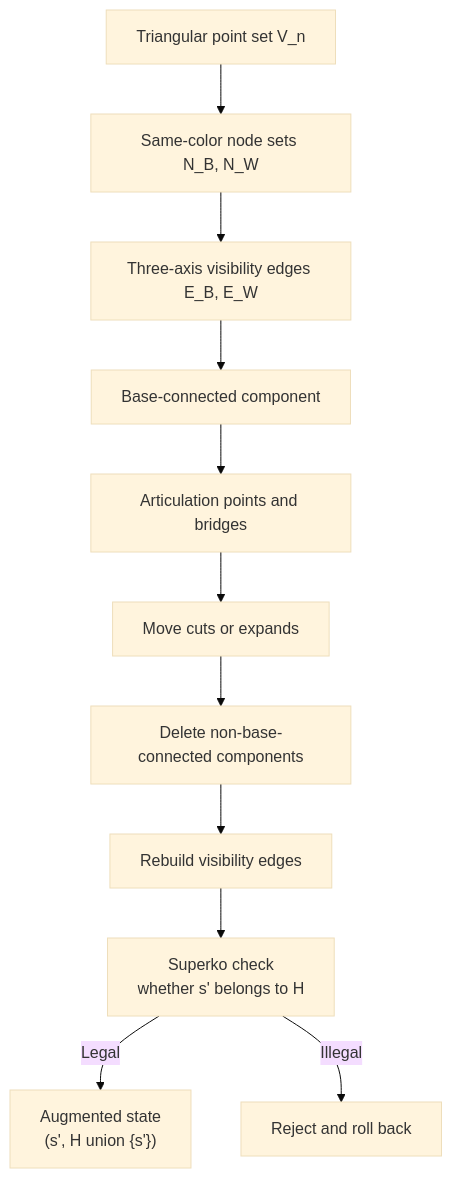
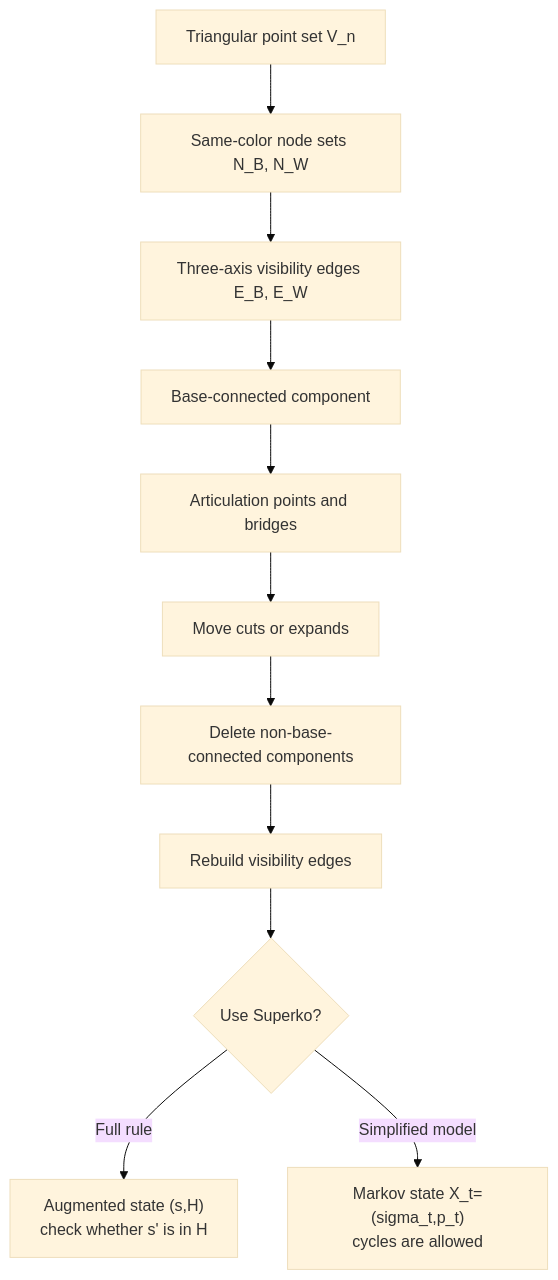
Before and after one commit to Chengzong-Zhang/Line-Game: the diagram in web/web前端/guide/interesting/why-theory.en.md, drawn with Mermaid (base theme). The commit also changed other lines of this file and 10 other files, not shown here.

````diff
--- a/web/web前端/guide/interesting/why-theory.en.md
+++ b/web/web前端/guide/interesting/why-theory.en.md
@@ -41,13 +45,13 @@
 ```mermaid
 flowchart TD
     A[Triangular point set V_n] --> B[Same-color node sets N_B, N_W]
     B --> C[Three-axis visibility edges E_B, E_W]
     C --> D[Base-connected component]
     D --> E[Articulation points and bridges]
     E --> F[Move cuts or expands]
     F --> G[Delete non-base-connected components]
     G --> H[Rebuild visibility edges]
-    H --> I["Superko check<br/>whether s' belongs to H"]
-    I -->|Legal| J["Augmented state<br/>(s', H union {s'})"]
-    I -->|Illegal| K[Reject and roll back]
+    H --> I{Use Superko?}
+    I -->|Full rule| J["Augmented state (s,H)<br/>check whether s' is in H"]
+    I -->|Simplified model| K["Markov state X_t=(sigma_t,p_t)<br/>cycles are allowed"]
 ```
````
